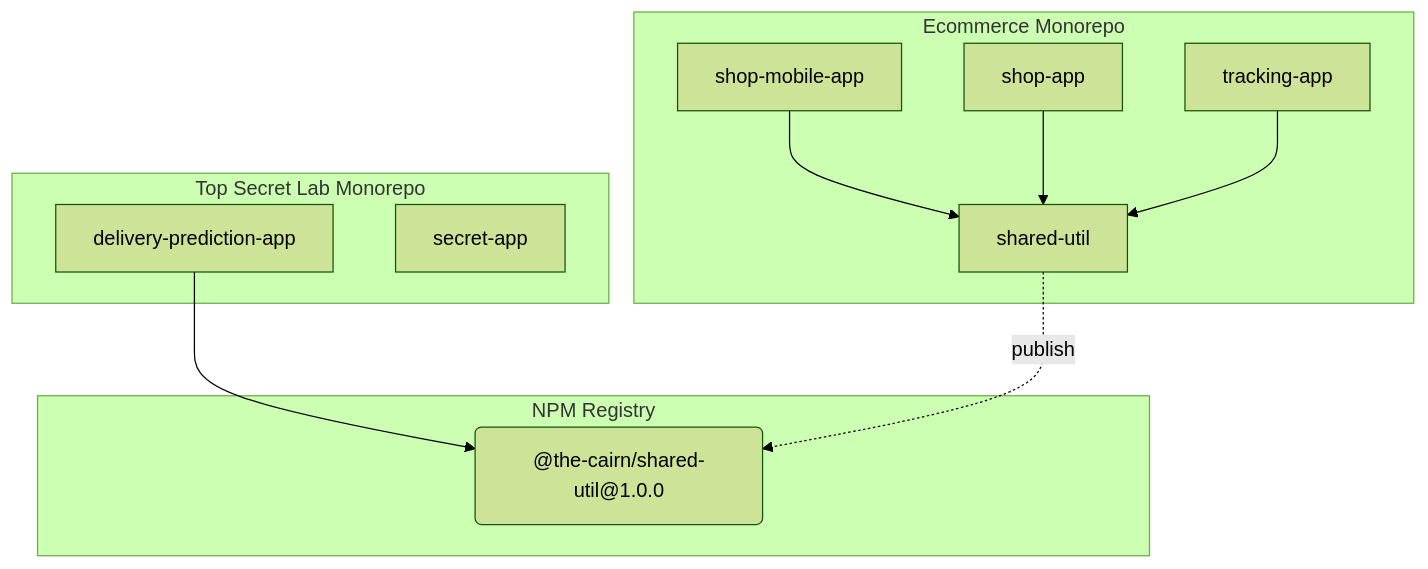
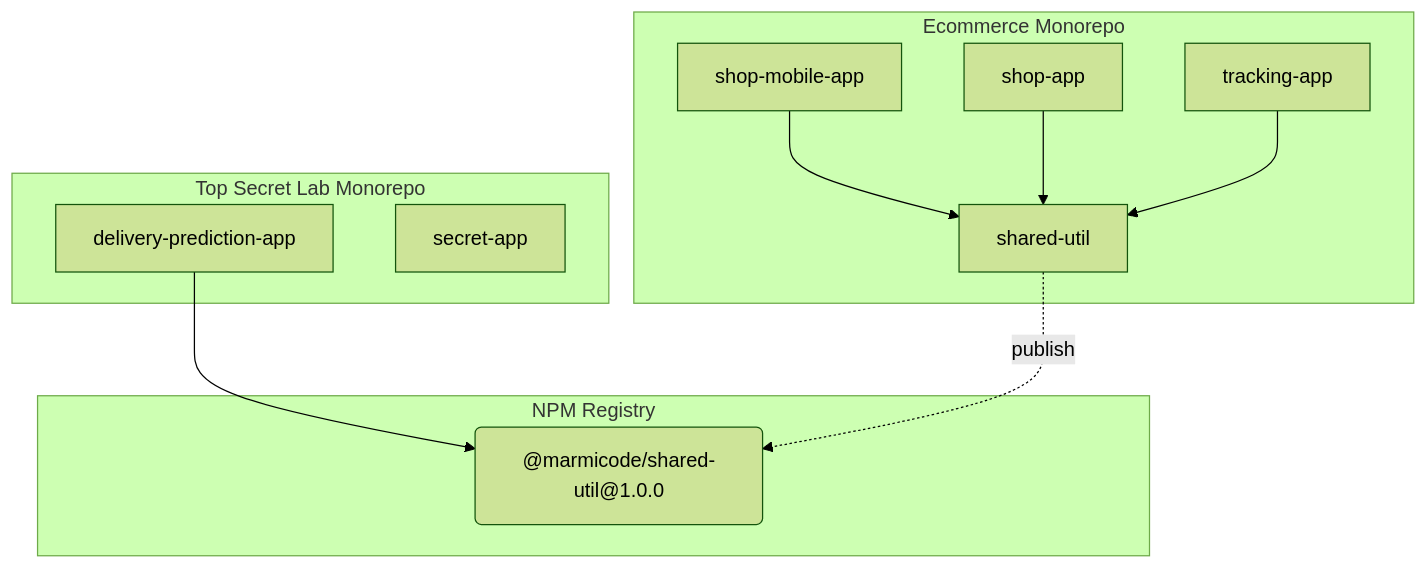
The diagram in apps/cookbook/docs/nx/01-intro/03-monorepo-vs-polyrepo.md (marmicode/cookbook), drawn with Mermaid (forest theme) before and after one commit. The commit also changed 1 other file, not shown here.

Commit message:
docs(nx): 📝 update examples

````diff
--- a/apps/cookbook/docs/nx/01-intro/03-monorepo-vs-polyrepo.md
+++ b/apps/cookbook/docs/nx/01-intro/03-monorepo-vs-polyrepo.md
@@ -14,19 +14,19 @@
 ```mermaid
 flowchart TD
     subgraph Ecommerce Monorepo
         shop-mobile-app --> shared-util
         shop-app --> shared-util
         tracking-app --> shared-util
     end
 
     subgraph Top Secret Lab Monorepo
         delivery-prediction-app
         secret-app
     end
 
     subgraph NPM Registry
-        shared-util-package("@the-cairn/shared-util@1.0.0")
+        shared-util-package("@marmicode/shared-util@1.0.0")
         delivery-prediction-app --> shared-util-package
         shared-util -. publish .-> shared-util-package
     end
 ```
````
